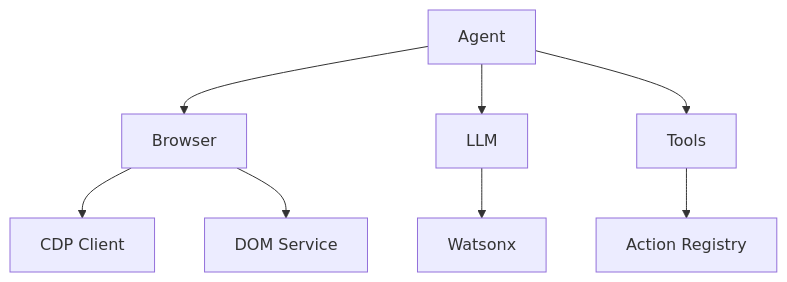
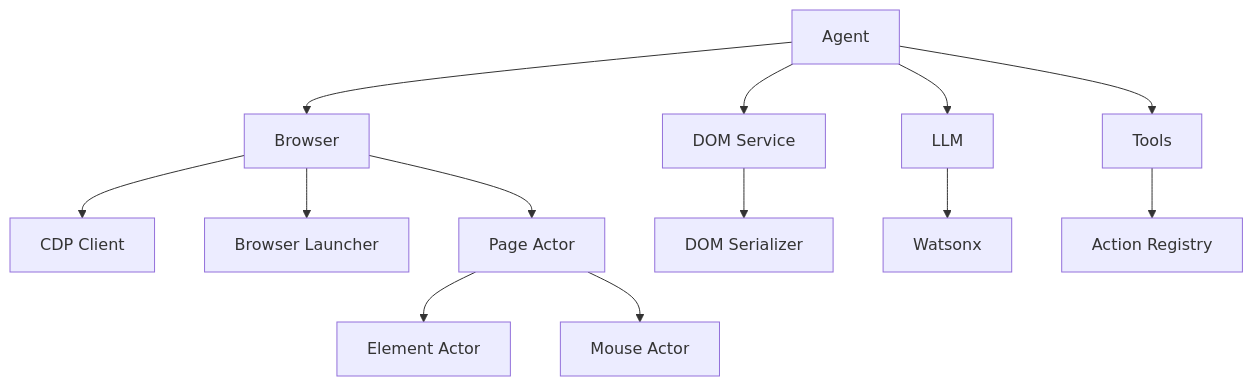
The diagram in README.md (yingkitw/browsing), drawn with Mermaid before and after one commit. The commit also changed other lines of this file and 9 other files, not shown here.

First line of the commit message:
Refactor architecture and enhance documentation

````diff
--- a/README.md
+++ b/README.md
@@ -11,10 +26,15 @@
 ```mermaid
 graph TB
     A[Agent] --> B[Browser]
     A --> C[LLM]
     A --> D[Tools]
-    B --> E[CDP Client]
-    B --> F[DOM Service]
-    C --> G[Watsonx]
-    D --> H[Action Registry]
+    A --> E[DOM Service]
+    B --> F[CDP Client]
+    B --> G[Browser Launcher]
+    B --> H[Page Actor]
+    E --> I[DOM Serializer]
+    C --> J[Watsonx]
+    D --> K[Action Registry]
+    H --> L[Element Actor]
+    H --> M[Mouse Actor]
 ```
````
